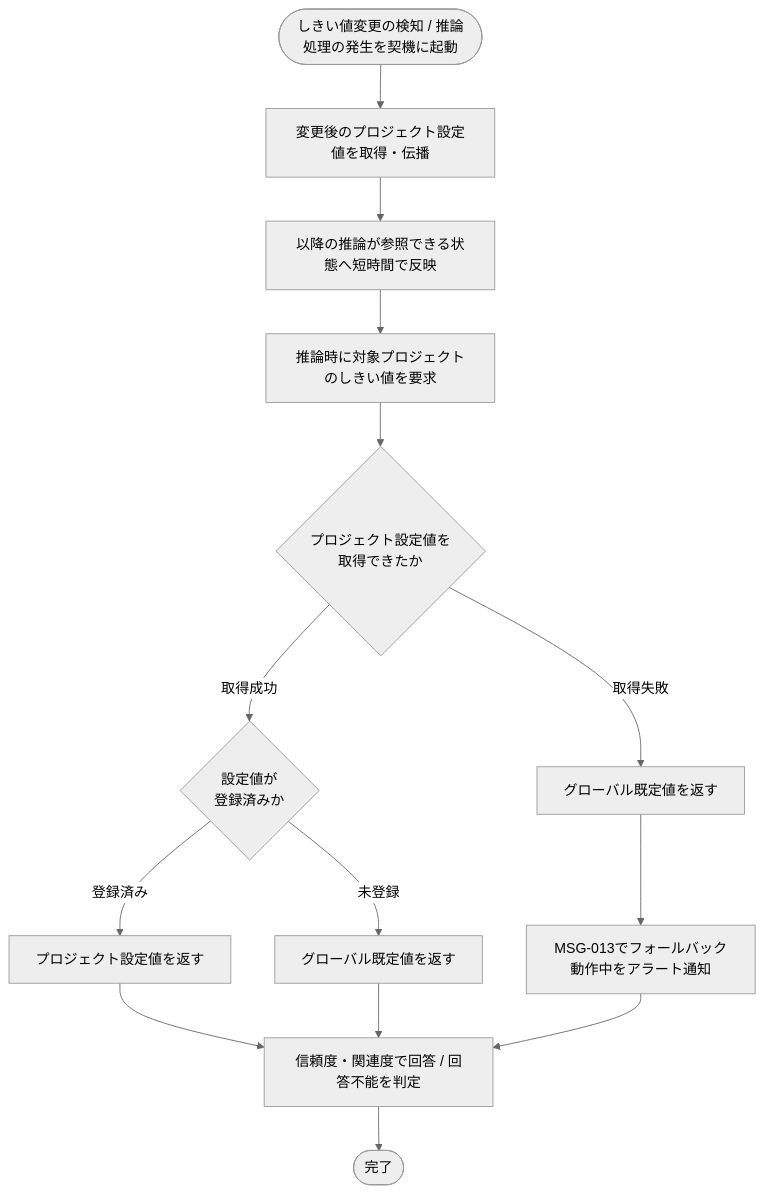
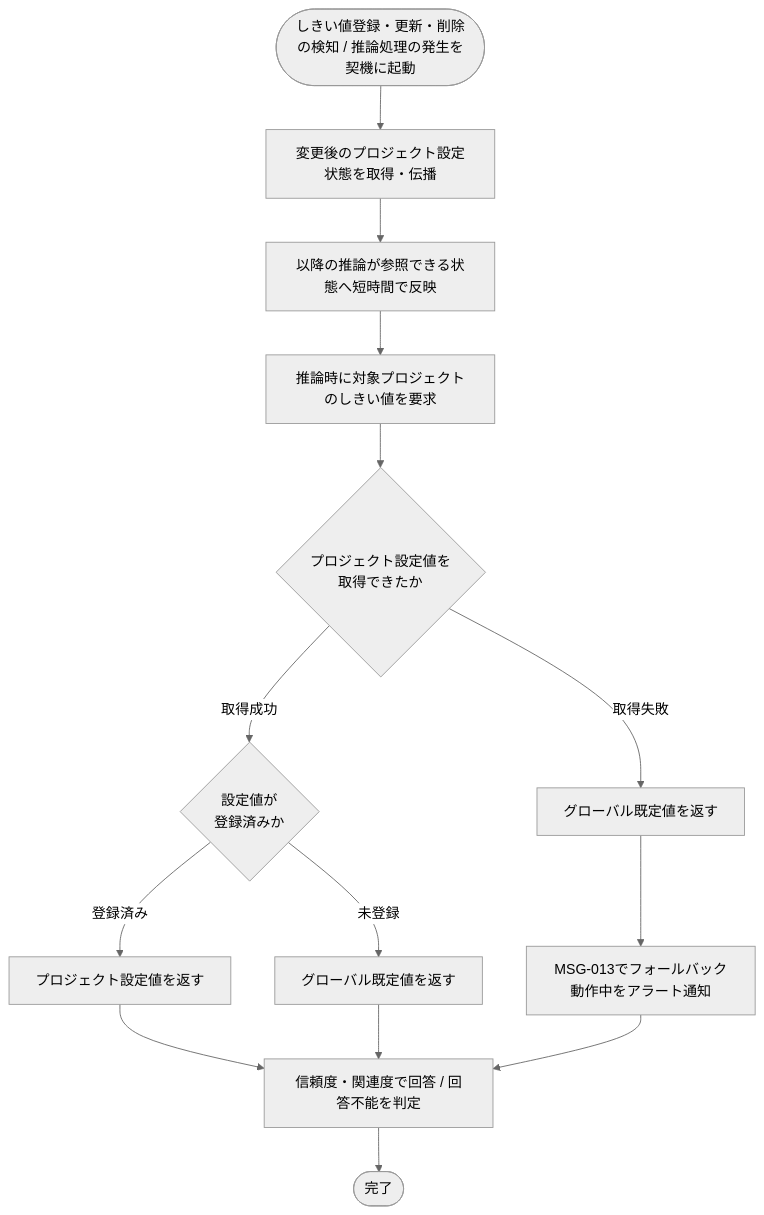
One commit to sikakou54/open-faq changed the diagram in 02_basic_design/02_backend/01_system/SYS-015.md. Above: the diagram before and after it, drawn with Mermaid (neutral theme). The commit also changed other lines of this file and 5 other files, not shown here.

````diff
--- a/02_basic_design/02_backend/01_system/SYS-015.md
+++ b/02_basic_design/02_backend/01_system/SYS-015.md
@@ -24,16 +24,16 @@
 ```mermaid
 flowchart TB
-  S([しきい値変更の検知 / 推論処理の発生を契機に起動]) --> A[変更後のプロジェクト設定値を取得・伝播]
+  S([しきい値登録・更新・削除の検知 / 推論処理の発生を契機に起動]) --> A[変更後のプロジェクト設定状態を取得・伝播]
   A --> B[以降の推論が参照できる状態へ短時間で反映]
   B --> C[推論時に対象プロジェクトのしきい値を要求]
   C --> D{プロジェクト設定値を<br/>取得できたか}
   D -- 取得成功 --> E{設定値が<br/>登録済みか}
   E -- 登録済み --> F[プロジェクト設定値を返す]
   E -- 未登録 --> G[グローバル既定値を返す]
   D -- 取得失敗 --> H[グローバル既定値を返す]
   H --> K[MSG-013でフォールバック動作中をアラート通知]
   F --> I[信頼度・関連度で回答 / 回答不能を判定]
   G --> I
   K --> I
   I --> J([完了])
 ```
````
